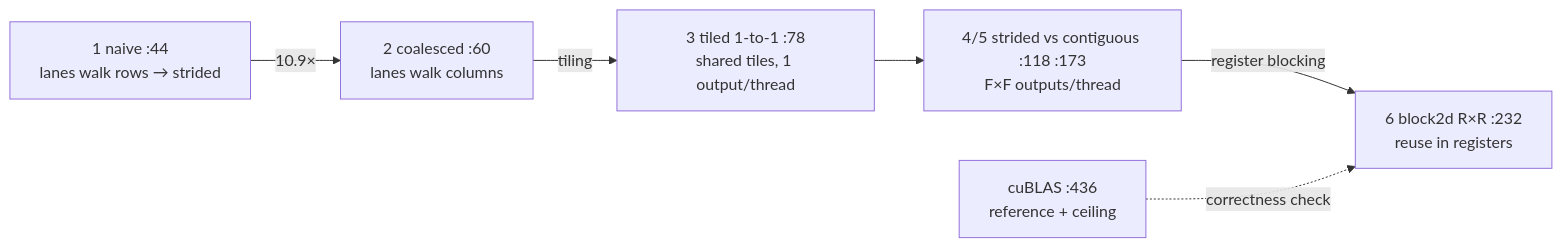
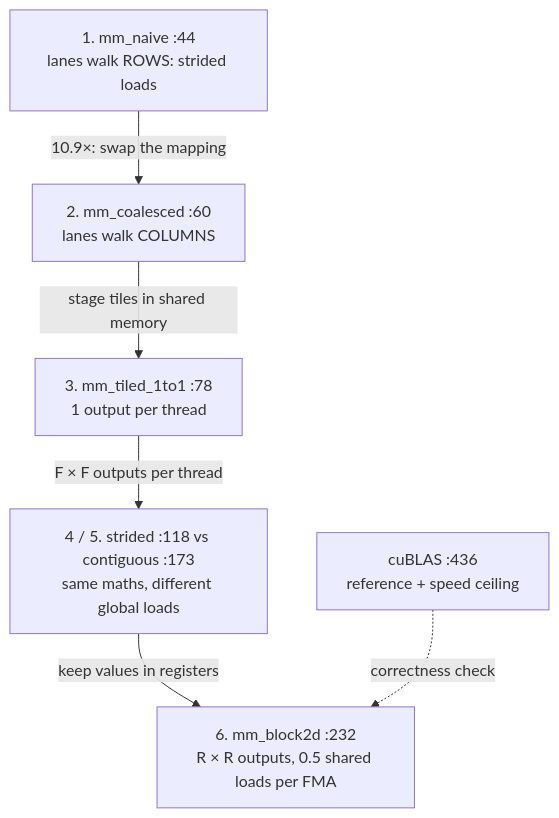
The first of 5 diagrams in Interview prep/Days/Day 05 - CUDA I.md (jayavardhan-g/projects-vault), drawn with Mermaid before and after one commit. The commit also changed other lines of this file and 12 other files, not shown here.

First line of the commit message:
projects: Days 2-14 "Code, explained": full-width top-to-bottom diagrams, a figure per section, and a step-by-step flow per day

````diff
--- a/Interview prep/Days/Day 05 - CUDA I.md
+++ b/Interview prep/Days/Day 05 - CUDA I.md
@@ -103,8 +103,8 @@
 ```mermaid
-flowchart LR
-  N1["1 naive :44<br/>lanes walk rows → strided"] -->|"10.9×"| N2["2 coalesced :60<br/>lanes walk columns"]
-  N2 -->|"tiling"| N3["3 tiled 1-to-1 :78<br/>shared tiles, 1 output/thread"]
-  N3 --> N4["4/5 strided vs contiguous :118 :173<br/>F×F outputs/thread"]
-  N4 -->|"register blocking"| N6["6 block2d R×R :232<br/>reuse in registers"]
-  CB["cuBLAS :436<br/>reference + ceiling"] -.->|"correctness check"| N6
+flowchart TB
+  N1["1. mm_naive :44<br/>lanes walk ROWS: strided loads"] -->|"10.9×: swap the mapping"| N2["2. mm_coalesced :60<br/>lanes walk COLUMNS"]
+  N2 -->|"stage tiles in shared memory"| N3["3. mm_tiled_1to1 :78<br/>1 output per thread"]
+  N3 -->|"F × F outputs per thread"| N4["4 / 5. strided :118 vs contiguous :173<br/>same maths, different global loads"]
+  N4 -->|"keep values in registers"| N6["6. mm_block2d :232<br/>R × R outputs, 0.5 shared loads per FMA"]
+  CB["cuBLAS :436<br/>reference + speed ceiling"] -.->|"correctness check"| N6
 ```
````
